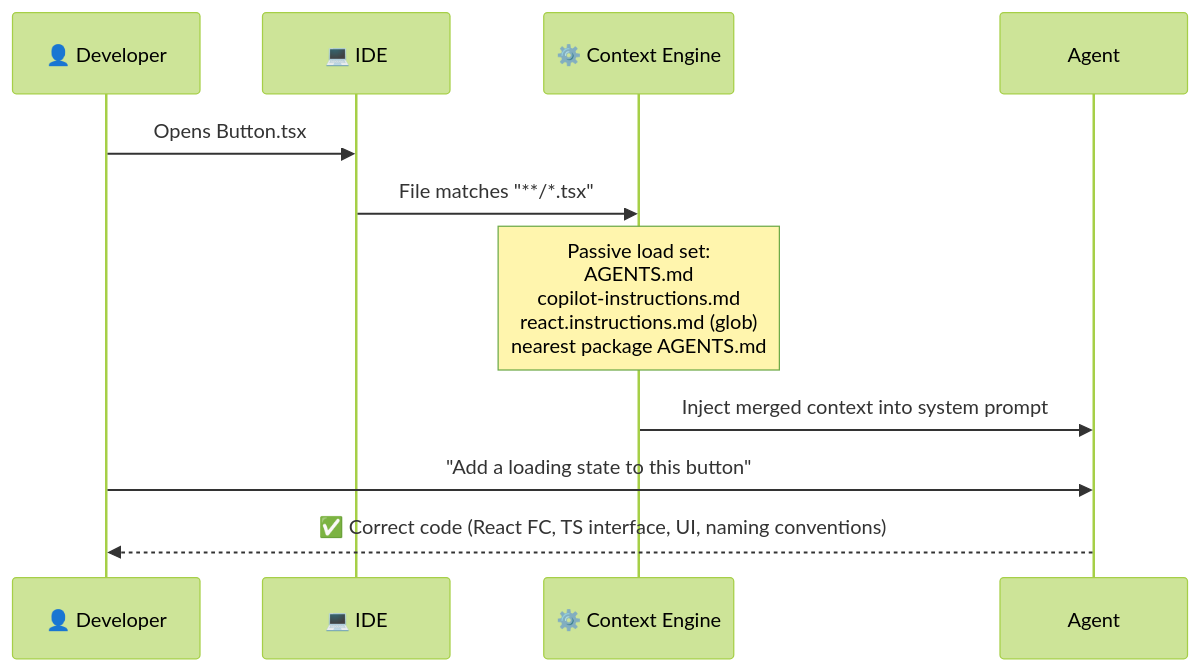
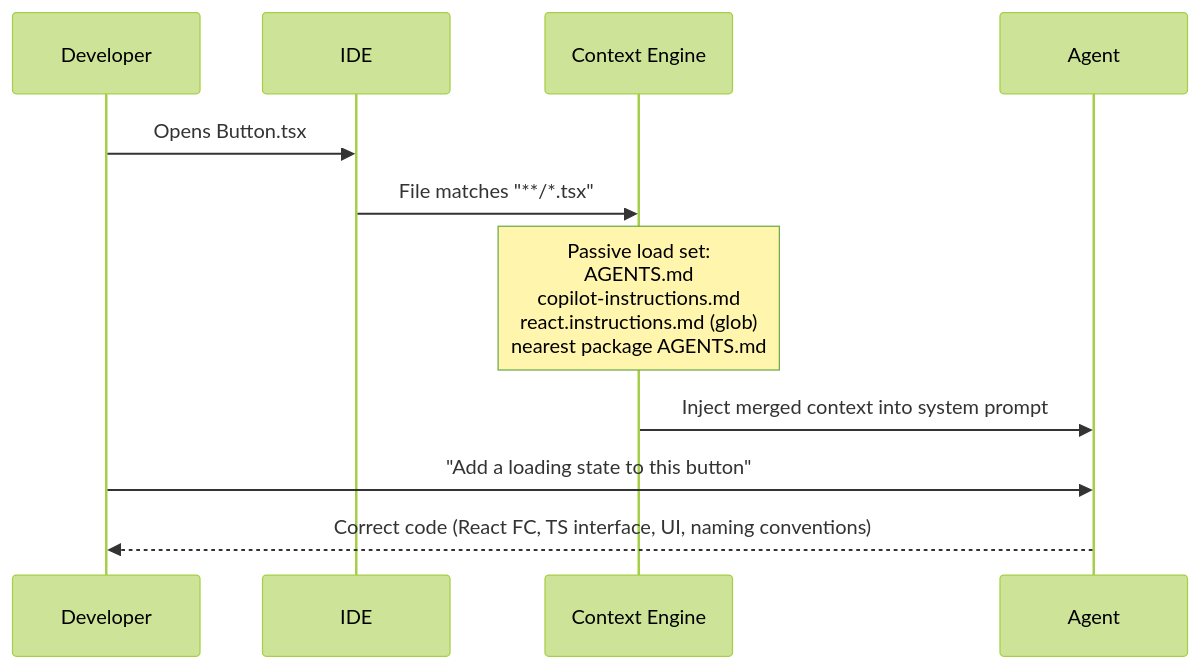
One commit to HipsterZipster/context-management-presentation changed diagram 19 of 23 in context-engineering-tech-talk.md. Above: the diagram before and after it, drawn with Mermaid (forest theme). The commit also changed other lines of this file and 50 other files, not shown here.

````diff
--- a/context-engineering-tech-talk.md
+++ b/context-engineering-tech-talk.md
@@ -381,16 +508,16 @@
 ```mermaid
 sequenceDiagram
-    participant Dev as 👤 Developer
-    participant IDE as 💻 IDE
-    participant Engine as ⚙️ Context Engine
+    participant Dev as Developer
+    participant IDE as IDE
+    participant Engine as Context Engine
     participant Agent as Agent
 
     Dev->>IDE: Opens Button.tsx
     IDE->>Engine: File matches "**/*.tsx"
 
     Note over Engine: Passive load set:<br/>AGENTS.md<br/>copilot-instructions.md<br/>react.instructions.md (glob)<br/>nearest package AGENTS.md
     Engine->>Agent: Inject merged context into system prompt
 
     Dev->>Agent: "Add a loading state to this button"
-    Agent-->>Dev: ✅ Correct code (React FC, TS interface, UI, naming conventions)
+    Agent-->>Dev: Correct code (React FC, TS interface, UI, naming conventions)
 ```
````
